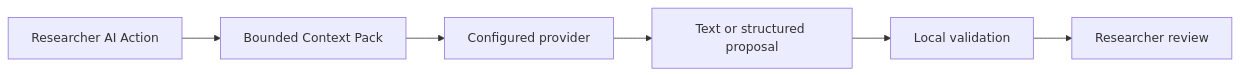
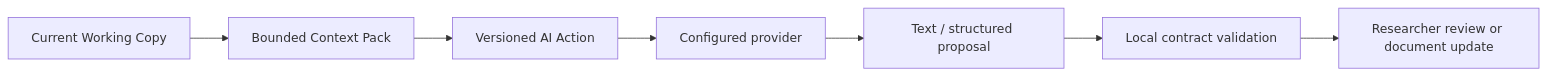
One commit to matginesi/LabFlow changed the diagram in docs/guides/AI_ASSISTANCE.md. Above: the diagram before and after it, drawn with Mermaid. The commit also changed other lines of this file and 66 other files, not shown here.

````diff
--- a/docs/guides/AI_ASSISTANCE.md
+++ b/docs/guides/AI_ASSISTANCE.md
@@ -14,8 +14,9 @@
 ```mermaid
 flowchart LR
-  ACTION[Researcher AI Action] --> CONTEXT[Bounded Context Pack]
-  CONTEXT --> PROVIDER[Configured provider]
-  PROVIDER --> PROPOSAL[Text or structured proposal]
-  PROPOSAL --> VALIDATE[Local validation]
-  VALIDATE --> REVIEW[Researcher review]
+  STATE[Current Working Copy] --> CONTEXT[Bounded Context Pack]
+  CONTEXT --> ACTION[Versioned AI Action]
+  ACTION --> PROVIDER[Configured provider]
+  PROVIDER --> OUTPUT[Text / structured proposal]
+  OUTPUT --> VALIDATE[Local contract validation]
+  VALIDATE --> REVIEW[Researcher review or document update]
 ```
````
